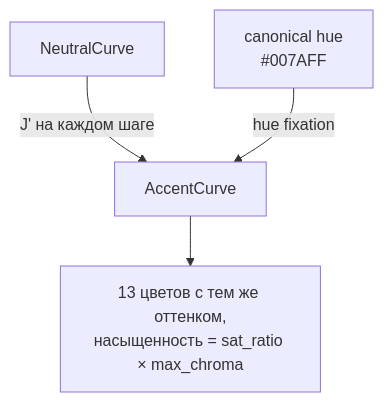
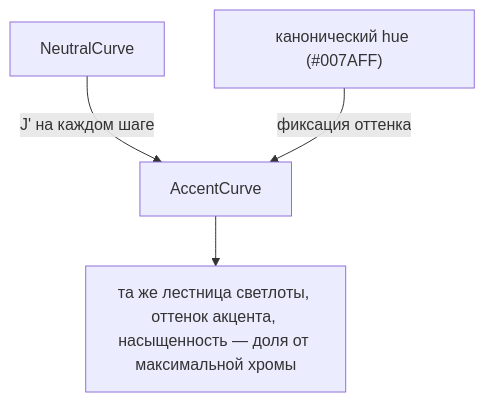
Before and after one commit to Labpics-Team/lab-colors: the fourth of 4 diagrams in README.md, drawn with Mermaid. The commit also changed other lines of this file, not shown here.

````diff
--- a/README.md
+++ b/README.md
@@ -242,6 +238,6 @@
 ```mermaid
 graph TD
-    NC["NeutralCurve"] --> |"J' на каждом шаге"| AC["AccentCurve"]
-    CH["canonical hue\n#007AFF"] --> |"hue fixation"| AC
-    AC --> OUT["13 цветов с тем же оттенком,\nнасыщенность = sat_ratio × max_chroma"]
+    NC["NeutralCurve"] -->|"J' на каждом шаге"| AC["AccentCurve"]
+    CH["канонический hue (#007AFF)"] -->|"фиксация оттенка"| AC
+    AC --> OUT["та же лестница светлоты, оттенок акцента, насыщенность — доля от максимальной хромы"]
 ```
````
